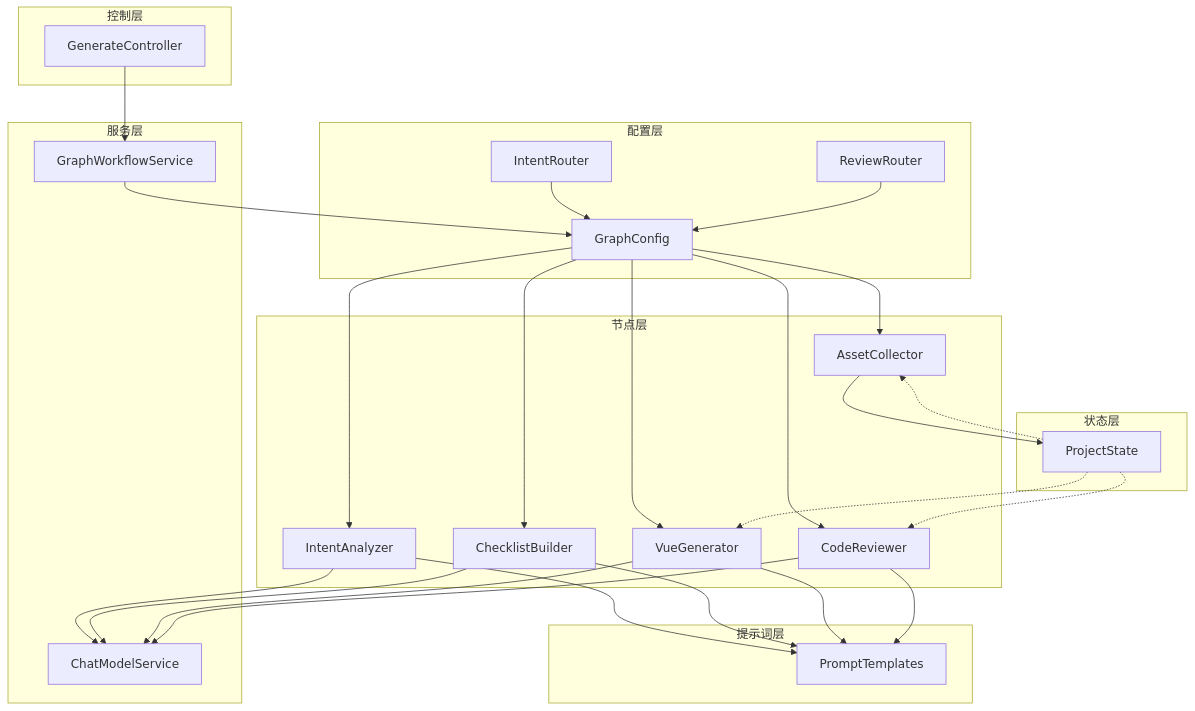
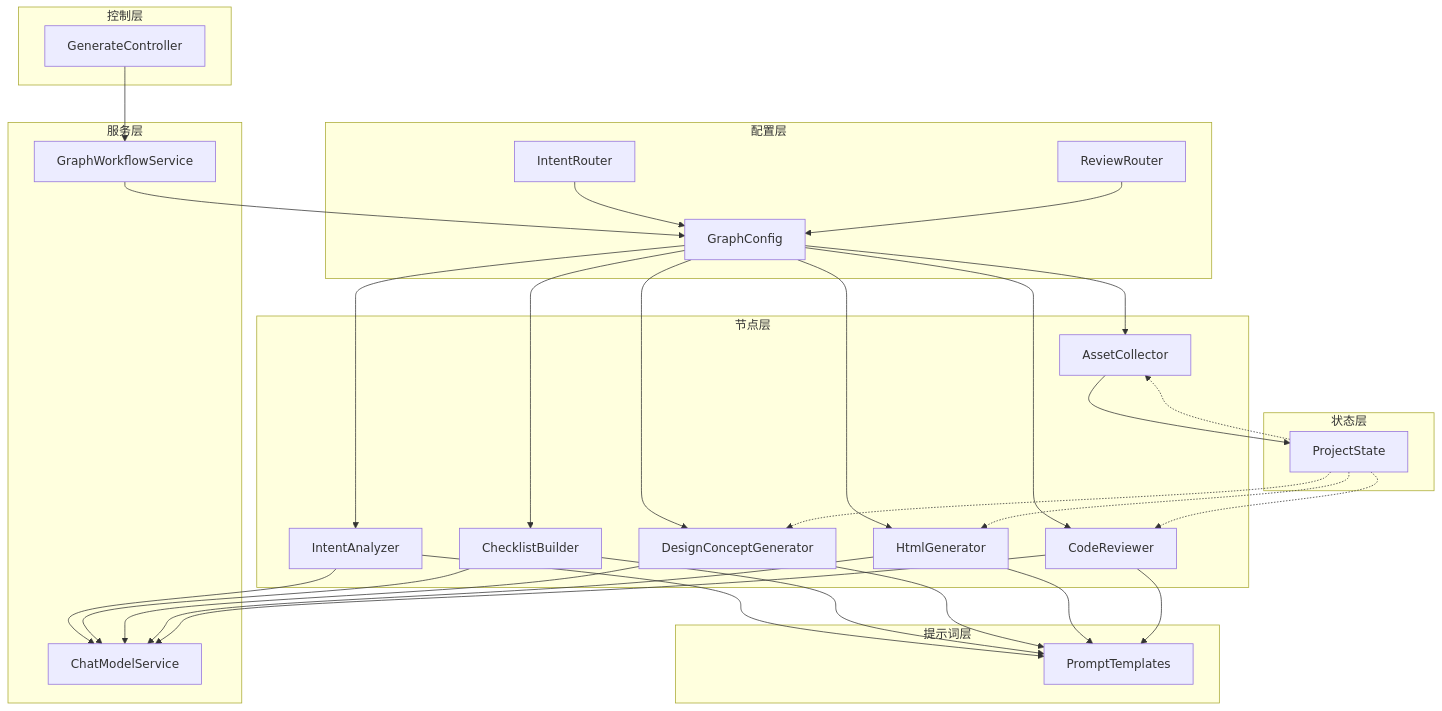
Before and after one commit to CyanYuKi/WebSiteFrontendCodeMother: the first of 3 diagrams in .qoder/repowiki/zh/content/AI工作流系统/提示词工程.md, drawn with Mermaid. The commit also changed other lines of this file and 12 other files, not shown here.

````diff
--- a/.qoder/repowiki/zh/content/AI工作流系统/提示词工程.md
+++ b/.qoder/repowiki/zh/content/AI工作流系统/提示词工程.md
@@ -51,49 +59,54 @@
 ```mermaid
 graph TB
 subgraph "控制层"
 C1["GenerateController"]
 end
 subgraph "服务层"
 S1["GraphWorkflowService"]
 S2["ChatModelService"]
 end
 subgraph "状态层"
 ST["ProjectState"]
 end
 subgraph "配置层"
 CFG["GraphConfig"]
 R1["IntentRouter"]
 R2["ReviewRouter"]
 end
 subgraph "节点层"
 N1["IntentAnalyzer"]
 N2["ChecklistBuilder"]
 N3["AssetCollector"]
-N4["VueGenerator"]
-N5["CodeReviewer"]
+N4["DesignConceptGenerator"]
+N5["HtmlGenerator"]
+N6["CodeReviewer"]
 end
 subgraph "提示词层"
 T["PromptTemplates"]
 end
 C1 --> S1
 S1 --> CFG
 CFG --> N1
 CFG --> N2
 CFG --> N3
 CFG --> N4
 CFG --> N5
+CFG --> N6
 N1 --> S2
 N2 --> S2
 N3 --> ST
 N4 --> S2
 N5 --> S2
+N6 --> S2
 N1 --> T
 N2 --> T
 N4 --> T
 N5 --> T
+N6 --> T
 ST -.-> N3
 ST -.-> N4
 ST -.-> N5
+ST -.-> N6
 R1 --> CFG
 R2 --> CFG
 ```
````
